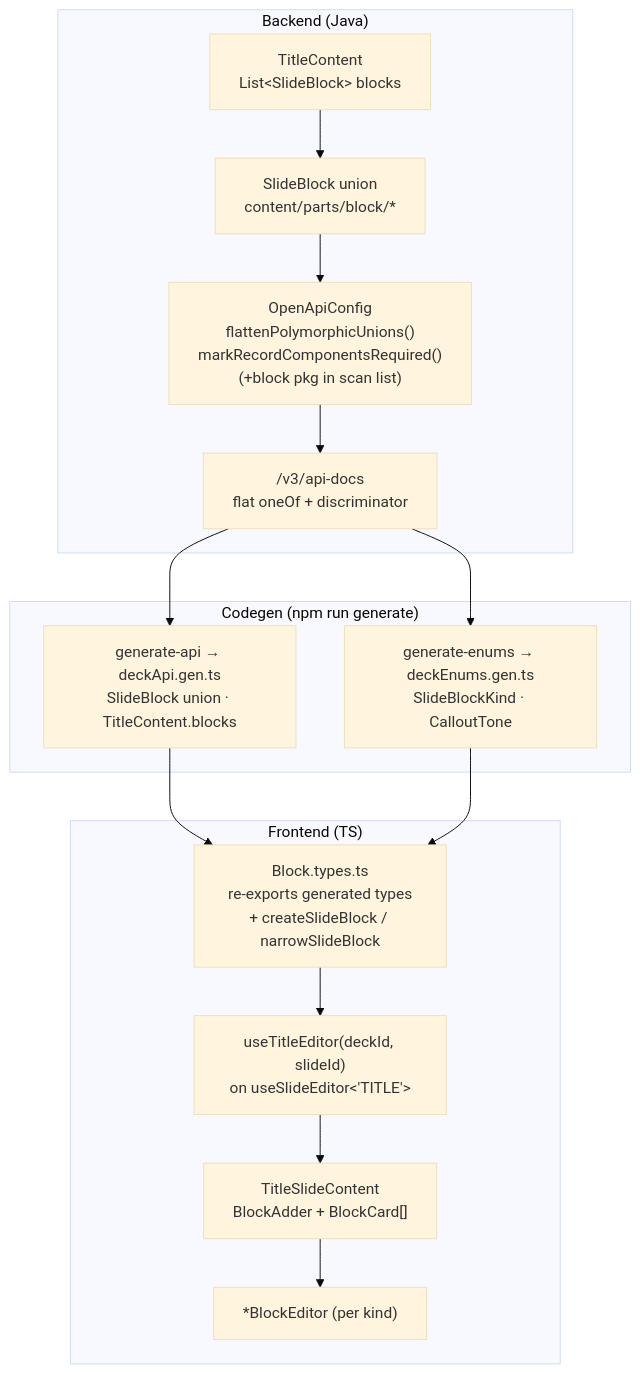
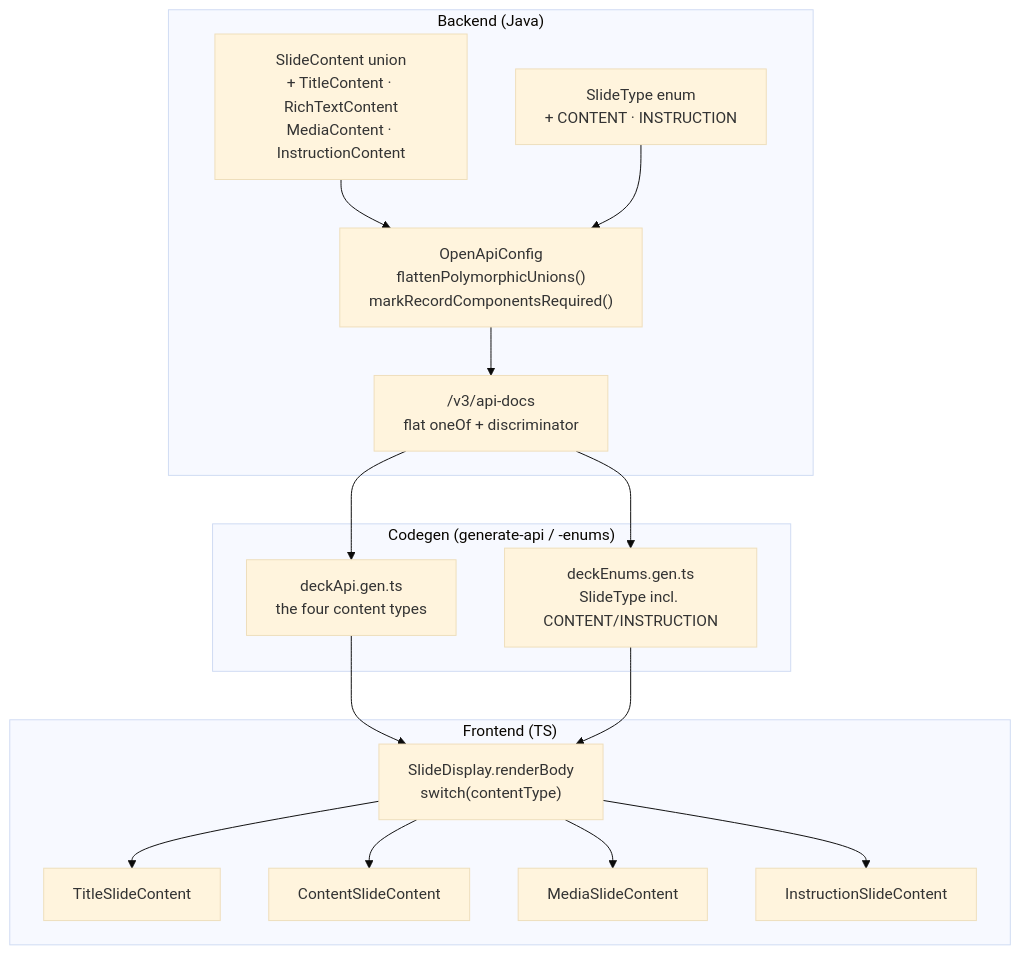
One commit to Saganaut/ambi changed the second of 4 diagrams in z-docs/diagrams/content-slide.md. Above: the diagram before and after it, drawn with Mermaid (base theme). The commit also changed other lines of this file and 46 other files, not shown here.

First line of the commit message:
feat(deck): split block-based Content slide into flat slide types

````diff
--- a/z-docs/diagrams/content-slide.md
+++ b/z-docs/diagrams/content-slide.md
@@ -92,28 +84,30 @@
 ```mermaid
 flowchart TB
     subgraph be["Backend (Java)"]
-        TC["TitleContent<br/>List&lt;SlideBlock&gt; blocks"]
-        SB["SlideBlock union<br/>content/parts/block/*"]
-        OAC["OpenApiConfig<br/>flattenPolymorphicUnions()<br/>markRecordComponentsRequired()<br/>(+block pkg in scan list)"]
-        TC --> SB
-        SB --> OAC
+        SC["SlideContent union<br/>+ TitleContent · RichTextContent<br/>MediaContent · InstructionContent"]
+        ST["SlideType enum<br/>+ CONTENT · INSTRUCTION"]
+        OAC["OpenApiConfig<br/>flattenPolymorphicUnions()<br/>markRecordComponentsRequired()"]
+        SC --> OAC
+        ST --> OAC
         OAC --> DOC["/v3/api-docs<br/>flat oneOf + discriminator"]
     end
-    subgraph gen["Codegen (npm run generate)"]
-        API["generate-api → deckApi.gen.ts<br/>SlideBlock union · TitleContent.blocks"]
-        ENUM["generate-enums → deckEnums.gen.ts<br/>SlideBlockKind · CalloutTone"]
+    subgraph gen["Codegen (generate-api / -enums)"]
+        API["deckApi.gen.ts<br/>the four content types"]
+        ENUM["deckEnums.gen.ts<br/>SlideType incl. CONTENT/INSTRUCTION"]
         DOC --> API
         DOC --> ENUM
     end
     subgraph fe["Frontend (TS)"]
-        BT["Block.types.ts<br/>re-exports generated types<br/>+ createSlideBlock / narrowSlideBlock"]
-        HOOK["useTitleEditor(deckId, slideId)<br/>on useSlideEditor&lt;'TITLE'&gt;"]
-        VIEW["TitleSlideContent<br/>BlockAdder + BlockCard[]"]
-        EDIT["*BlockEditor (per kind)"]
-        API --> BT
-        ENUM --> BT
-        BT --> HOOK
-        HOOK --> VIEW
-        VIEW --> EDIT
+        DISP["SlideDisplay.renderBody<br/>switch(contentType)"]
+        T["TitleSlideContent"]
+        C["ContentSlideContent"]
+        M["MediaSlideContent"]
+        I["InstructionSlideContent"]
+        API --> DISP
+        ENUM --> DISP
+        DISP --> T
+        DISP --> C
+        DISP --> M
+        DISP --> I
     end
 ```
````
